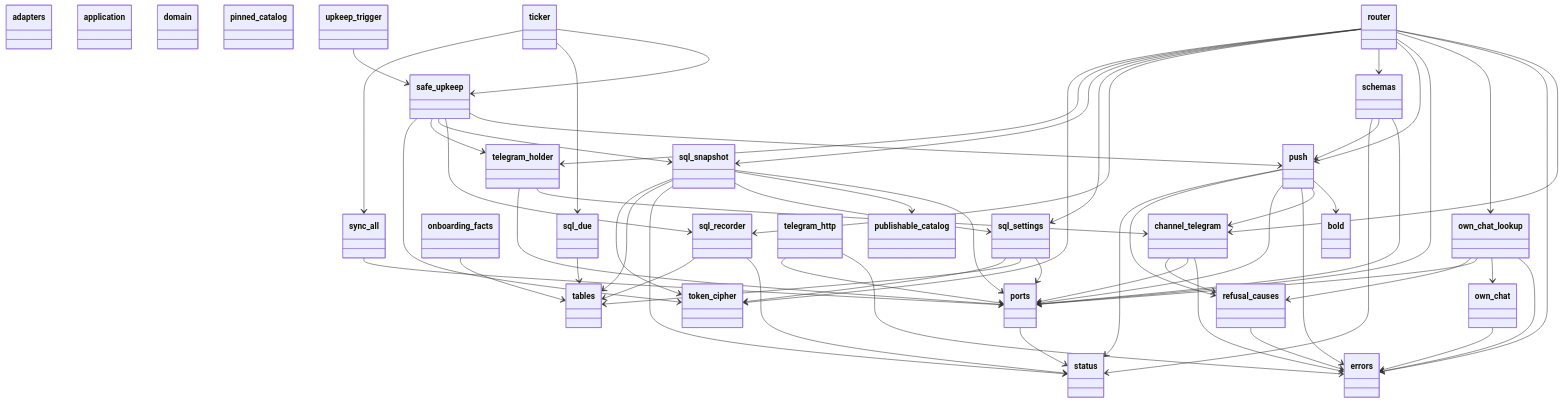
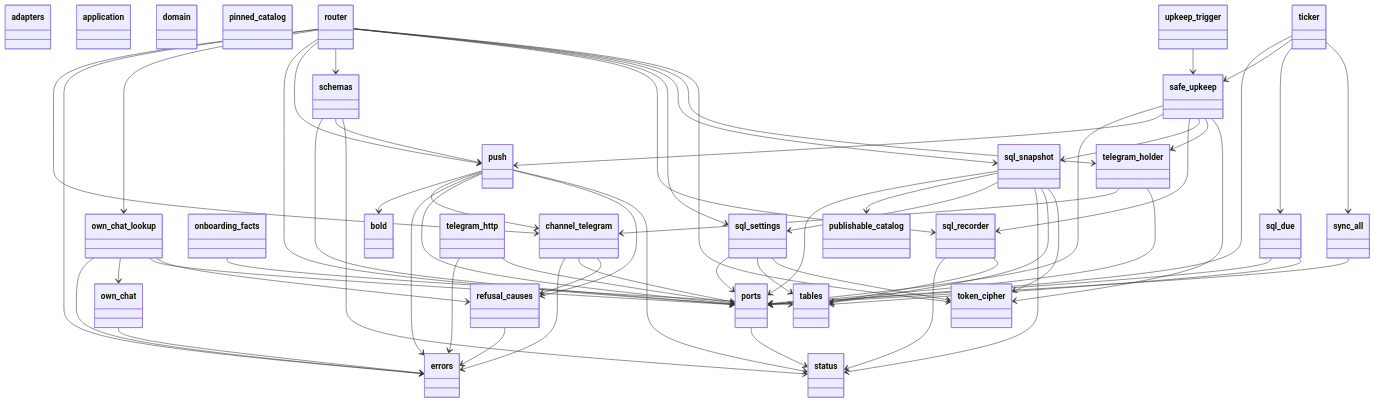
The first of 4 diagrams in docs/architecture/generated/classes/pinned_catalog.md (GonzaloZevallos/apostrophe), drawn with Mermaid before and after one commit. The commit also changed other lines of this file and 2 other files, not shown here.

Commit message:
Regenerate the architecture docs for the zone Protocols and adapters

```diff
--- a/docs/architecture/generated/classes/pinned_catalog.md
+++ b/docs/architecture/generated/classes/pinned_catalog.md
@@ -92,6 +92,7 @@
   router --> sql_snapshot
   router --> telegram_holder
   router --> token_cipher
+  safe_upkeep --> ports
   safe_upkeep --> push
   safe_upkeep --> sql_recorder
   safe_upkeep --> sql_snapshot
@@ -100,6 +101,7 @@
   schemas --> ports
   schemas --> push
   schemas --> status
+  sql_due --> ports
   sql_due --> tables
   sql_recorder --> status
   sql_recorder --> tables
@@ -117,6 +119,7 @@
   telegram_holder --> ports
   telegram_http --> errors
   telegram_http --> ports
+  ticker --> ports
   ticker --> safe_upkeep
   ticker --> sql_due
   ticker --> sync_all
```
